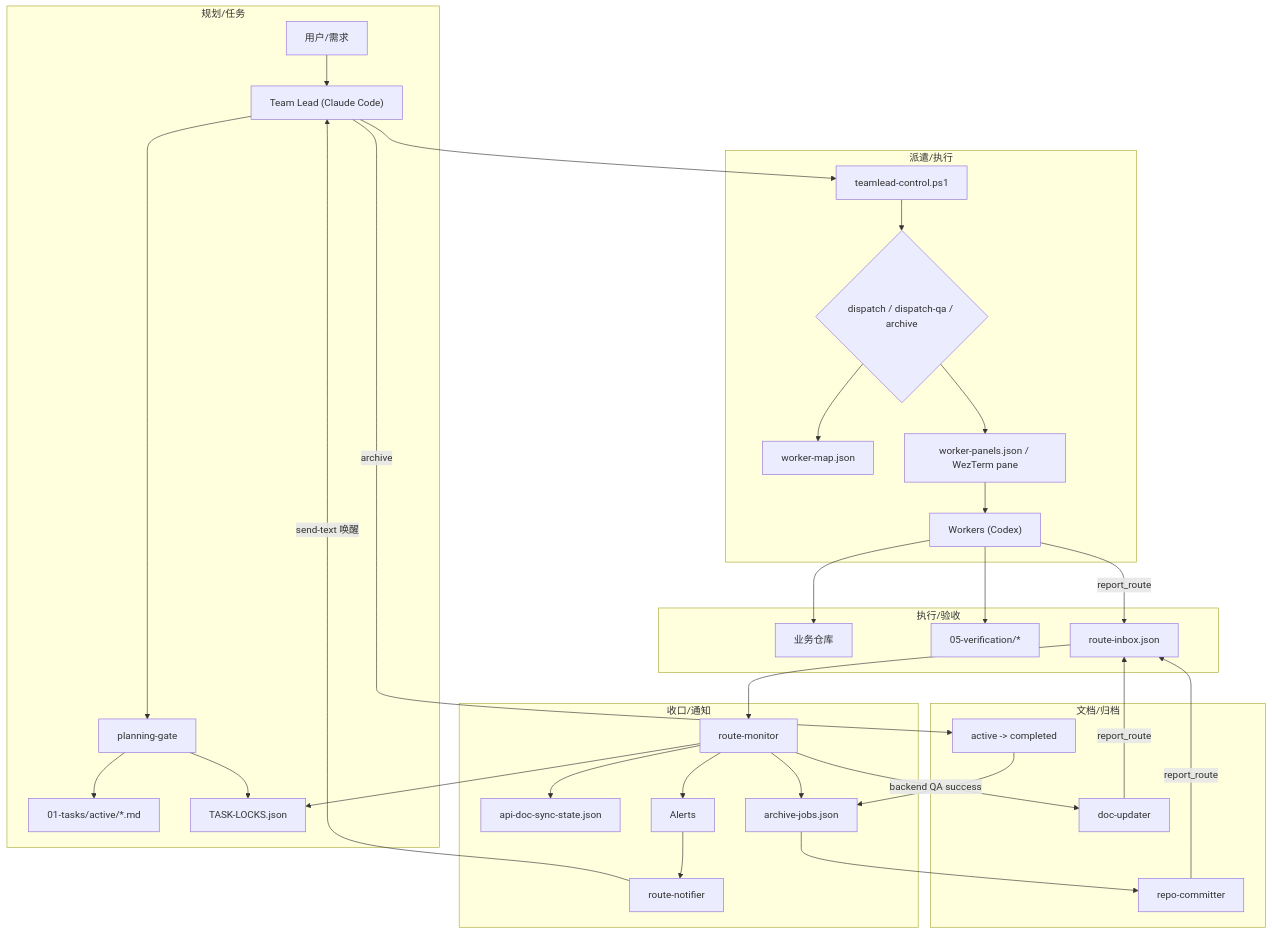
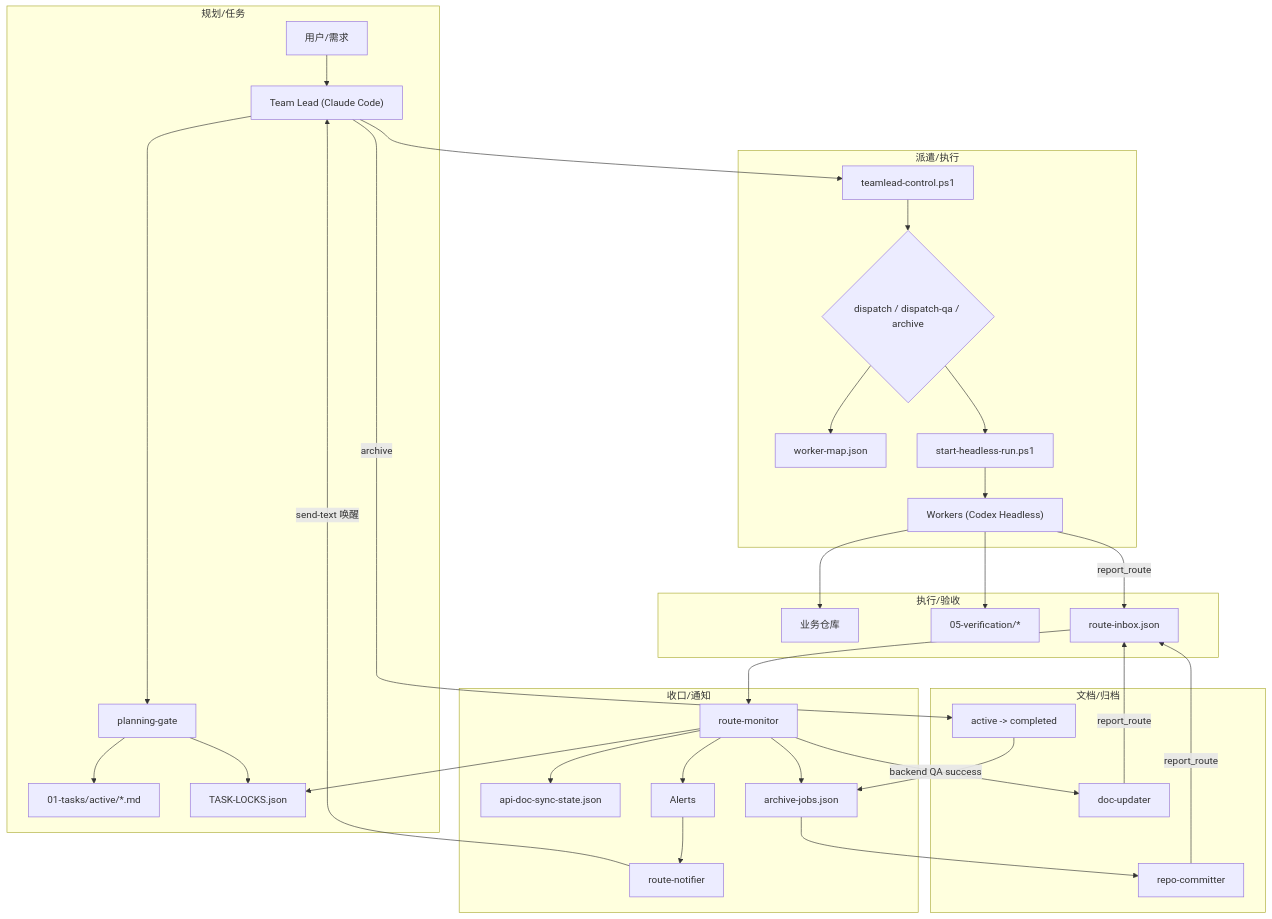
Before and after one commit to waylon003/moxton-ccb: the diagram in README.md, drawn with Mermaid. The commit also changed other lines of this file and 1 other file, not shown here.

Commit message:
docs: refresh root architecture overview

````diff
--- a/README.md
+++ b/README.md
@@ -9,42 +9,42 @@
 ```mermaid
 flowchart TD
   subgraph Planning["规划/任务"]
     U["用户/需求"] --> TL["Team Lead (Claude Code)"]
     TL --> PG["planning-gate"]
     PG --> Spec["01-tasks/active/*.md"]
     PG --> Locks["TASK-LOCKS.json"]
   end
 
   subgraph Dispatch["派遣/执行"]
     TL --> CTRL["teamlead-control.ps1"]
     CTRL --> D{"dispatch / dispatch-qa / archive"}
     D --> WM["worker-map.json"]
-    D --> WR["worker-panels.json / WezTerm pane"]
-    WR --> W["Workers (Codex)"]
+    D --> RUN["start-headless-run.ps1"]
+    RUN --> W["Workers (Codex Headless)"]
   end
 
   subgraph Work["执行/验收"]
     W --> Repo["业务仓库"]
     W --> Evidence["05-verification/*"]
     W -->|report_route| Inbox["route-inbox.json"]
   end
 
   subgraph Monitor["收口/通知"]
     Inbox --> RM["route-monitor"]
     RM --> Locks
     RM --> DocState["api-doc-sync-state.json"]
     RM --> ArchiveJobs["archive-jobs.json"]
     RM --> Alerts
     Alerts --> RN["route-notifier"]
     RN -->|send-text 唤醒| TL
   end
 
   subgraph Archive["文档/归档"]
     RM -->|backend QA success| Doc["doc-updater"]
     ArchiveJobs --> Committer["repo-committer"]
     Doc -->|report_route| Inbox
     Committer -->|report_route| Inbox
     TL -->|archive| Move["active -> completed"]
     Move --> ArchiveJobs
   end
 ```
````
